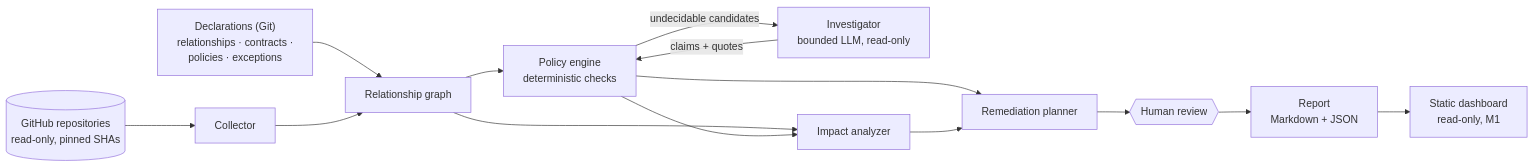
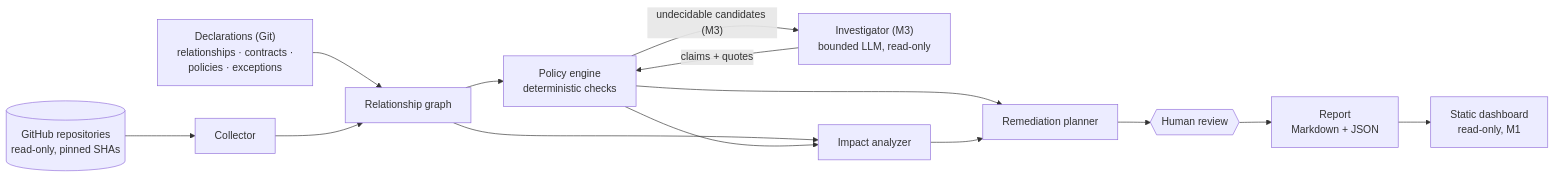
The diagram in README.md (koydas/repo-orchestrator), drawn with Mermaid before and after one commit. The commit also changed other lines of this file and 59 other files, not shown here.

First line of the commit message:
M3: bounded investigation (C5 Investigator, P7, W3) (#9)

````diff
--- a/README.md
+++ b/README.md
@@ -60,15 +64,15 @@
 ```mermaid
 flowchart LR
     repos[("GitHub repositories<br/>read-only, pinned SHAs")] --> col["Collector"]
     decl["Declarations (Git)<br/>relationships · contracts ·<br/>policies · exceptions"] --> grf["Relationship graph"]
     col --> grf --> eng["Policy engine<br/>deterministic checks"]
-    eng -- "undecidable candidates" --> inv["Investigator<br/>bounded LLM, read-only"]
+    eng -- "undecidable candidates (M3)" --> inv["Investigator (M3)<br/>bounded LLM, read-only"]
     inv -- "claims + quotes" --> eng
     grf --> imp["Impact analyzer"]
     eng --> imp
     eng --> plan["Remediation planner"]
     imp --> plan
     plan --> gate{{"Human review"}}
     gate --> report["Report<br/>Markdown + JSON"]
     report --> dash["Static dashboard<br/>read-only, M1"]
 ```
````
